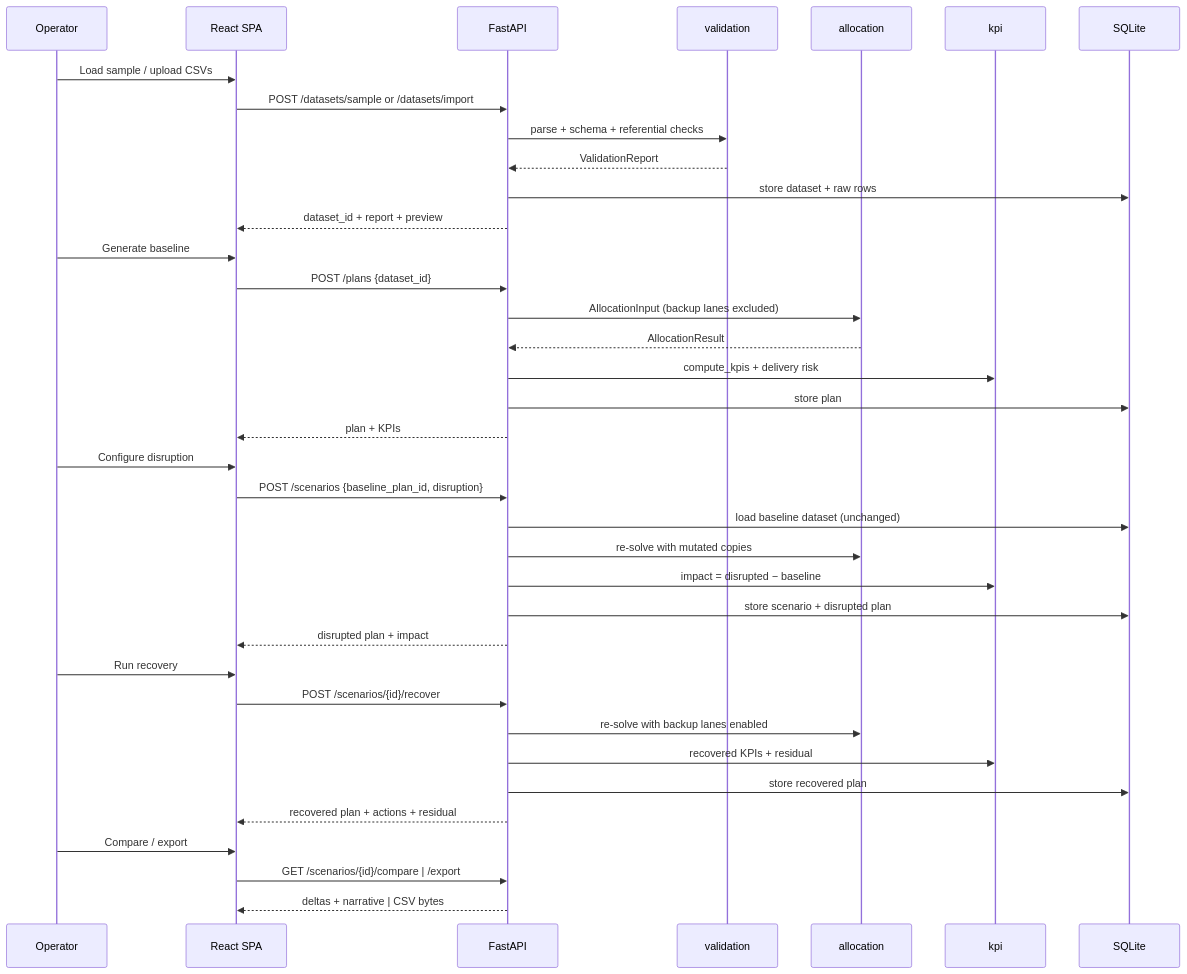
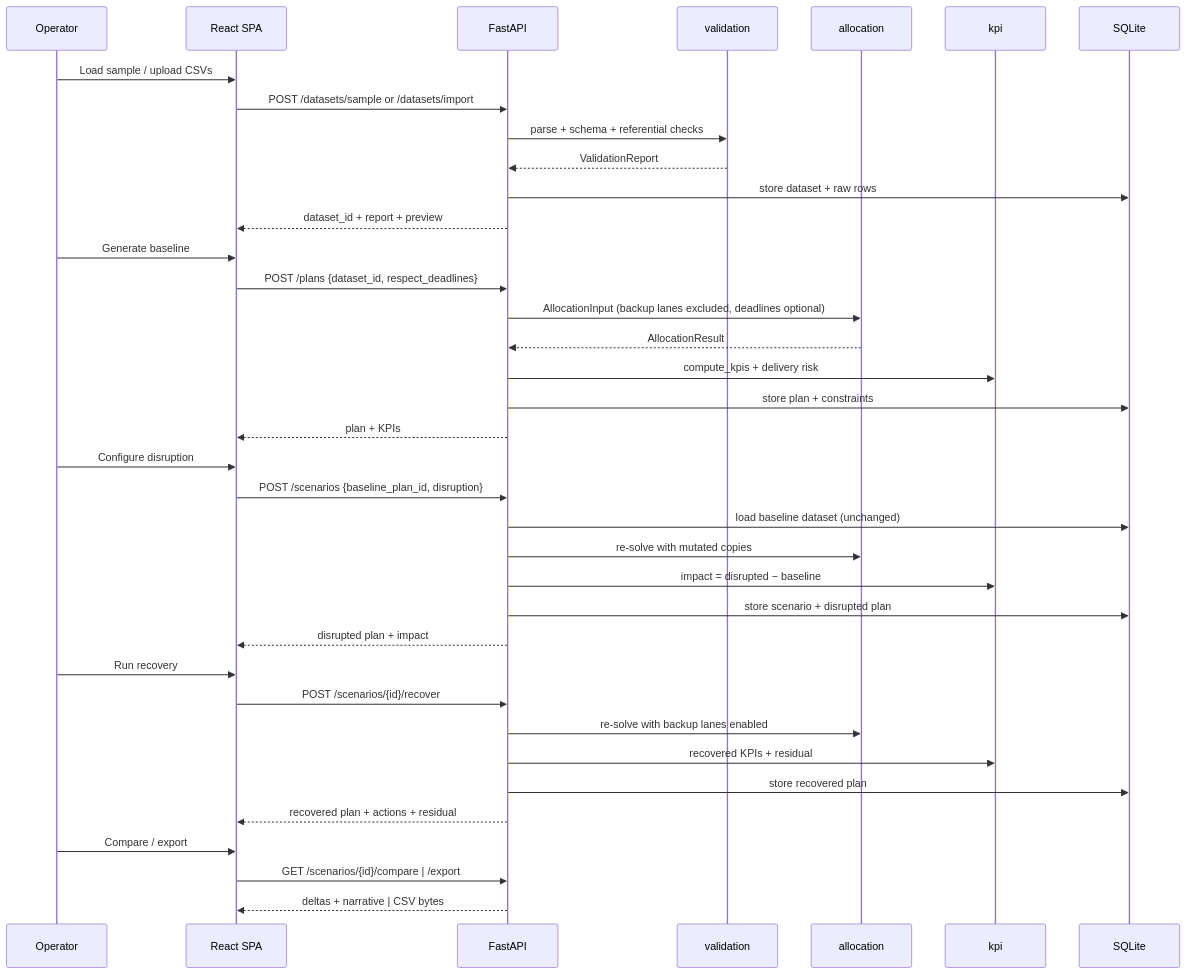
One commit to shreerajg/PRE-MORTEM-DISPATCH changed the second of 2 diagrams in docs/architecture.md. Above: the diagram before and after it, drawn with Mermaid. The commit also changed other lines of this file and 3 other files, not shown here.

````diff
--- a/docs/architecture.md
+++ b/docs/architecture.md
@@ -56,44 +62,44 @@
 ```mermaid
 sequenceDiagram
   participant U as Operator
   participant FE as React SPA
   participant API as FastAPI
   participant VAL as validation
   participant ALLOC as allocation
   participant KPI as kpi
   participant DB as SQLite
 
   U->>FE: Load sample / upload CSVs
   FE->>API: POST /datasets/sample or /datasets/import
   API->>VAL: parse + schema + referential checks
   VAL-->>API: ValidationReport
   API->>DB: store dataset + raw rows
   API-->>FE: dataset_id + report + preview
 
   U->>FE: Generate baseline
-  FE->>API: POST /plans {dataset_id}
-  API->>ALLOC: AllocationInput (backup lanes excluded)
+  FE->>API: POST /plans {dataset_id, respect_deadlines}
+  API->>ALLOC: AllocationInput (backup lanes excluded, deadlines optional)
   ALLOC-->>API: AllocationResult
   API->>KPI: compute_kpis + delivery risk
-  API->>DB: store plan
+  API->>DB: store plan + constraints
   API-->>FE: plan + KPIs
 
   U->>FE: Configure disruption
   FE->>API: POST /scenarios {baseline_plan_id, disruption}
   API->>DB: load baseline dataset (unchanged)
   API->>ALLOC: re-solve with mutated copies
   API->>KPI: impact = disrupted − baseline
   API->>DB: store scenario + disrupted plan
   API-->>FE: disrupted plan + impact
 
   U->>FE: Run recovery
   FE->>API: POST /scenarios/{id}/recover
   API->>ALLOC: re-solve with backup lanes enabled
   API->>KPI: recovered KPIs + residual
   API->>DB: store recovered plan
   API-->>FE: recovered plan + actions + residual
 
   U->>FE: Compare / export
   FE->>API: GET /scenarios/{id}/compare | /export
   API-->>FE: deltas + narrative | CSV bytes
 ```
````
